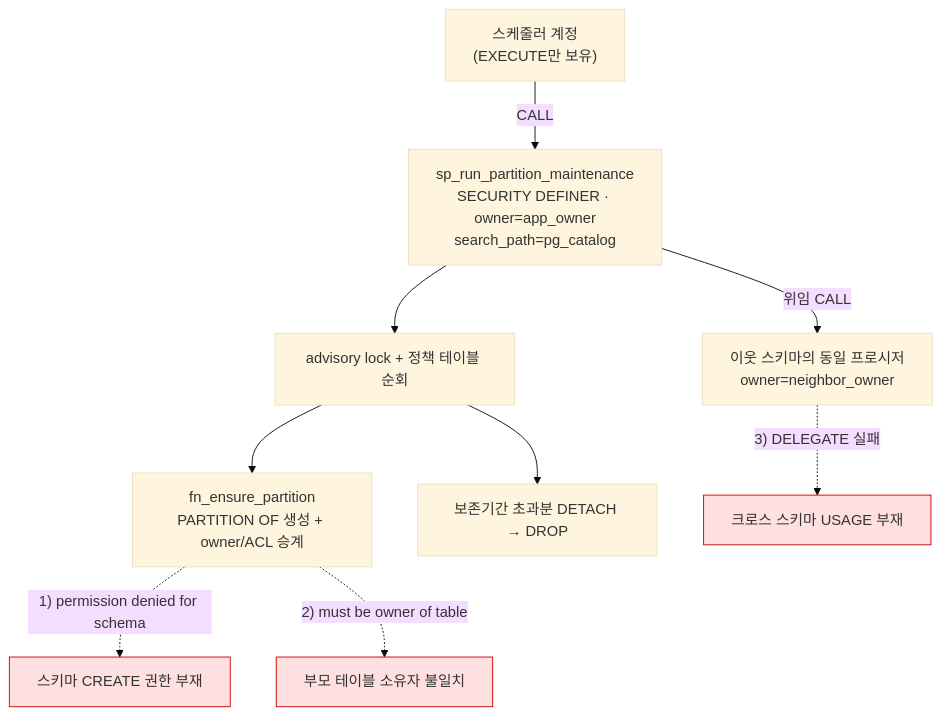
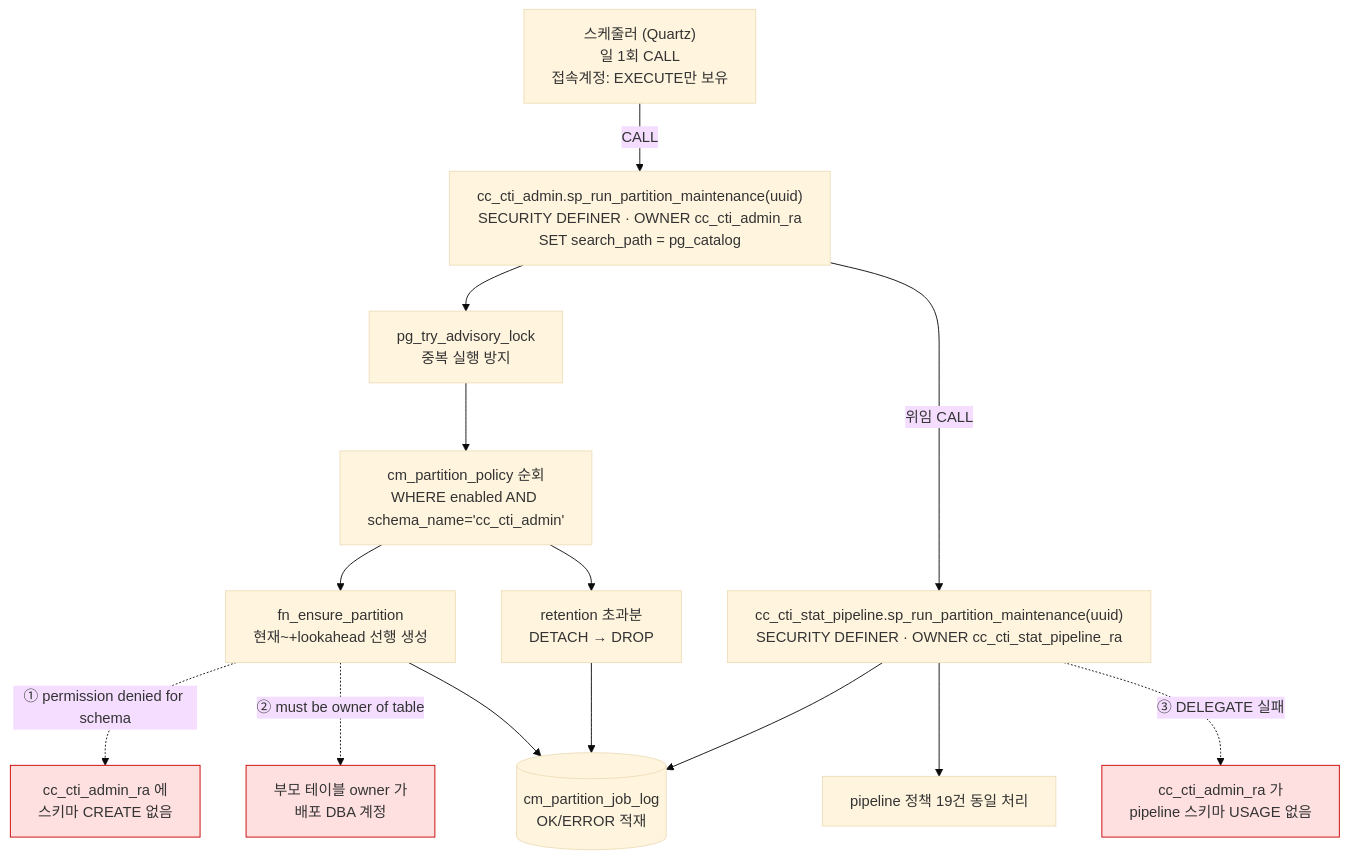
The sixth of 6 diagrams in PostgreSQL/15-AUTHORITY.md (willjsw/code-lab), drawn with Mermaid (base theme) before and after one commit. The commit also changed other lines of this file and 1 other file, not shown here.

````diff
--- a/PostgreSQL/15-AUTHORITY.md
+++ b/PostgreSQL/15-AUTHORITY.md
@@ -312,15 +860,23 @@
 ```mermaid
 flowchart TD
-    S["스케줄러 계정<br/>(EXECUTE만 보유)"] -->|CALL| P["sp_run_partition_maintenance<br/>SECURITY DEFINER · owner=app_owner<br/>search_path=pg_catalog"]
-    P --> L["advisory lock + 정책 테이블 순회"]
-    L --> F["fn_ensure_partition<br/>PARTITION OF 생성 + owner/ACL 승계"]
-    L --> R["보존기간 초과분 DETACH → DROP"]
-    P -->|위임 CALL| P2["이웃 스키마의 동일 프로시저<br/>owner=neighbor_owner"]
+    S["스케줄러 (Quartz)<br/>일 1회 CALL<br/>접속계정: EXECUTE만 보유"]
+    S -->|CALL| P1["cc_cti_admin.sp_run_partition_maintenance(uuid)<br/>SECURITY DEFINER · OWNER cc_cti_admin_ra<br/>SET search_path = pg_catalog"]
 
-    F -.->|"1) permission denied for schema"| X1["스키마 CREATE 권한 부재"]
-    F -.->|"2) must be owner of table"| X2["부모 테이블 소유자 불일치"]
-    P2 -.->|"3) DELEGATE 실패"| X3["크로스 스키마 USAGE 부재"]
+    P1 --> LK["pg_try_advisory_lock<br/>중복 실행 방지"]
+    LK --> POL["cm_partition_policy 순회<br/>WHERE enabled AND schema_name='cc_cti_admin'"]
+    POL --> CR["fn_ensure_partition<br/>현재~+lookahead 선행 생성"]
+    POL --> DR["retention 초과분<br/>DETACH → DROP"]
+    P1 -->|"위임 CALL"| P2["cc_cti_stat_pipeline.sp_run_partition_maintenance(uuid)<br/>SECURITY DEFINER · OWNER cc_cti_stat_pipeline_ra"]
+    P2 --> POL2["pipeline 정책 19건 동일 처리"]
+
+    CR -.->|"① permission denied for schema"| X1["cc_cti_admin_ra 에<br/>스키마 CREATE 없음"]
+    CR -.->|"② must be owner of table"| X2["부모 테이블 owner 가<br/>배포 DBA 계정"]
+    P2 -.->|"③ DELEGATE 실패"| X3["cc_cti_admin_ra 가<br/>pipeline 스키마 USAGE 없음"]
+
+    CR --> LOG[("cm_partition_job_log<br/>OK/ERROR 적재")]
+    DR --> LOG
+    P2 --> LOG
 
     classDef err fill:#ffe0e0,stroke:#c00
     class X1,X2,X3 err
 ```
````
